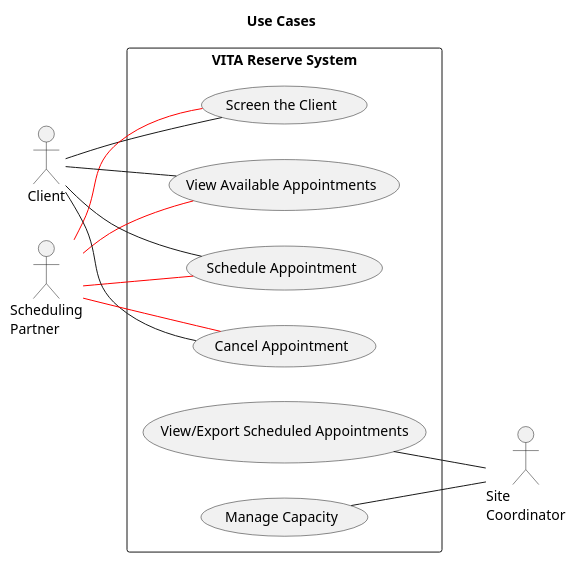
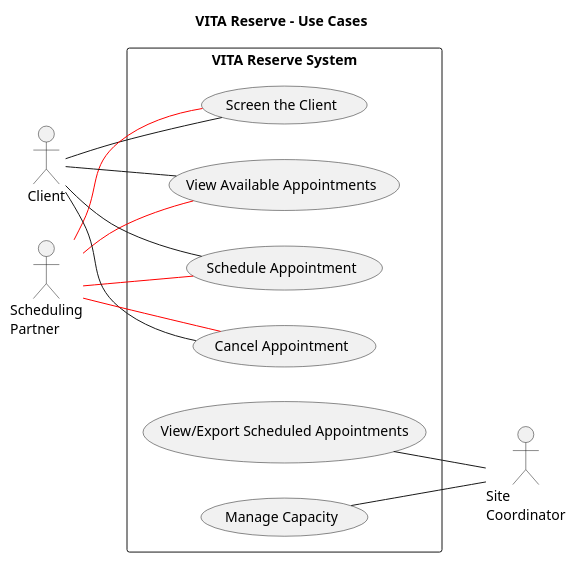
Before and after one commit to ItzNxthaniel/cisc260-final-reservation-itznxthaniel: the diagram in diagrams/src/use_cases.puml, drawn with PlantUML. The commit also changed 6 other files, not shown here.

```diff
--- a/diagrams/src/use_cases.puml
+++ b/diagrams/src/use_cases.puml
@@ -1,32 +1,32 @@
 @startuml "VITA Reserve - Use Cases"
-title "Use Cases"
+title "VITA Reserve - Use Cases"
 left to right direction
 actor "Client" as ct
 actor "Scheduling\nPartner" as sp
 actor "Site\nCoordinator" as sc
 
 rectangle "VITA Reserve System" {
     usecase "Screen the Client" as UC1
     usecase "View Available Appointments" as UC2
     usecase "Schedule Appointment" as UC3
     usecase "Cancel Appointment" as UC4
     usecase "View/Export Scheduled Appointments" as UC5
     usecase "Manage Capacity" as UC6
 }
 
 ct -- UC1
 sp -- UC1 #line:red;
 
 ct -- UC2
 sp -- UC2 #line:red;
 
 ct -- UC3
 sp -- UC3 #line:red;
 
 ct -- UC4
 sp -- UC4 #line:red;
 
 UC5 -- sc
 UC6 -- sc
 
 @enduml
```
